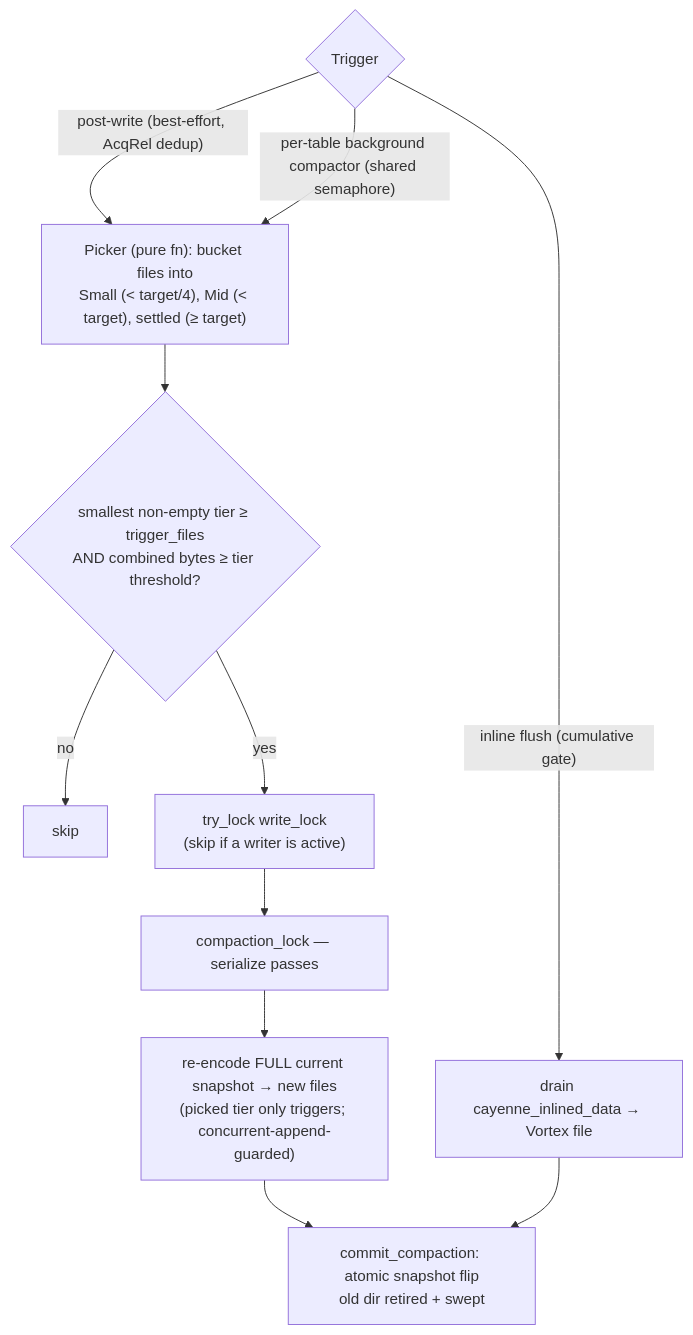
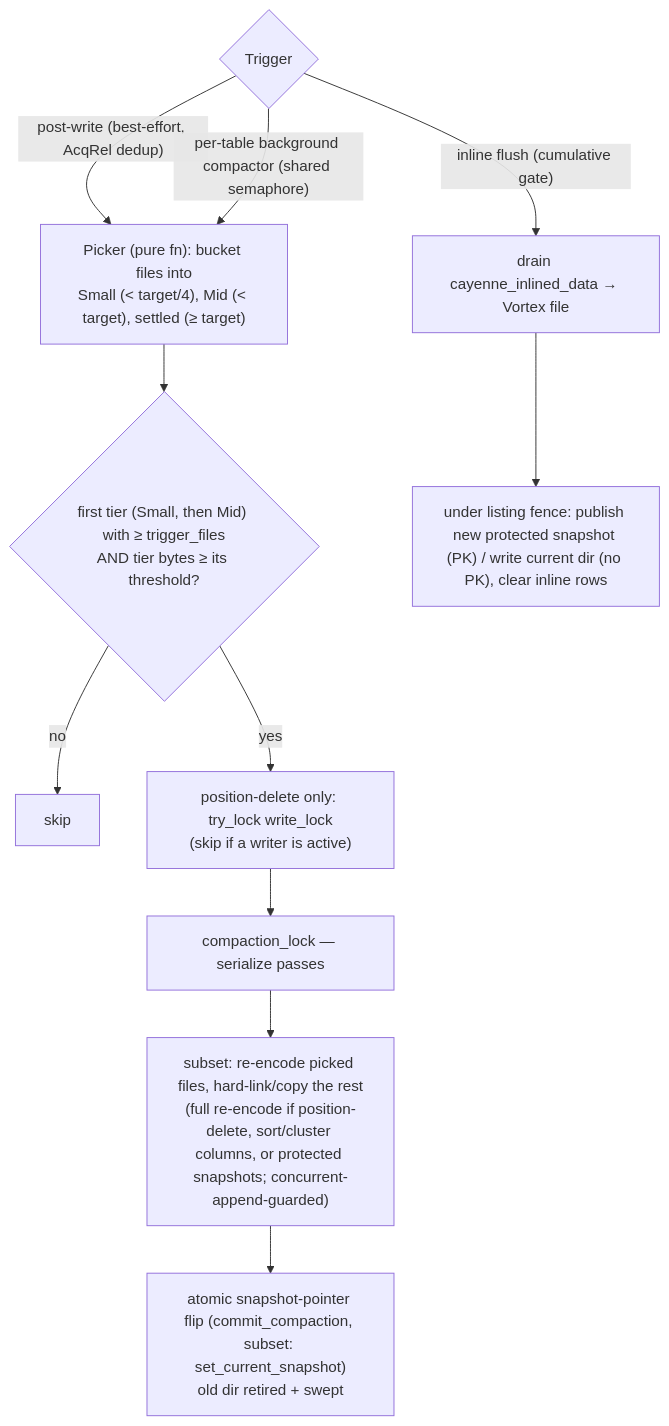
One commit to spiceai/spiceai changed diagram 18 of 22 in docs/cayenne/cayenne.md. Above: the diagram before and after it, drawn with Mermaid. The commit also changed other lines of this file and 3 other files, not shown here.

````diff
--- a/docs/cayenne/cayenne.md
+++ b/docs/cayenne/cayenne.md
@@ -1069,14 +1073,14 @@
 ```mermaid
 flowchart TB
     TRIG{"Trigger"} -->|"post-write (best-effort, AcqRel dedup)"| PICK
     TRIG -->|"per-table background compactor (shared semaphore)"| PICK
     TRIG -->|"inline flush (cumulative gate)"| FLUSH["drain cayenne_inlined_data → Vortex file"]
 
-    PICK["Picker (pure fn): bucket files into<br/>Small (&lt; target/4), Mid (&lt; target), settled (≥ target)"] --> COND{"smallest non-empty tier ≥ trigger_files<br/>AND combined bytes ≥ tier threshold?"}
+    PICK["Picker (pure fn): bucket files into<br/>Small (&lt; target/4), Mid (&lt; target), settled (≥ target)"] --> COND{"first tier (Small, then Mid) with ≥ trigger_files<br/>AND tier bytes ≥ its threshold?"}
     COND -->|"no"| SKIP["skip"]
-    COND -->|"yes"| LOCK["try_lock write_lock<br/>(skip if a writer is active)"]
+    COND -->|"yes"| LOCK["position-delete only: try_lock write_lock<br/>(skip if a writer is active)"]
     LOCK --> CLK["compaction_lock — serialize passes"]
-    CLK --> REWRITE["re-encode FULL current snapshot → new files<br/>(picked tier only triggers; concurrent-append-guarded)"]
-    REWRITE --> COMMIT["commit_compaction: atomic snapshot flip<br/>old dir retired + swept"]
-    FLUSH --> COMMIT
+    CLK --> REWRITE["subset: re-encode picked files, hard-link/copy the rest<br/>(full re-encode if position-delete, sort/cluster columns, or protected snapshots; concurrent-append-guarded)"]
+    REWRITE --> COMMIT["atomic snapshot-pointer flip (commit_compaction, subset: set_current_snapshot)<br/>old dir retired + swept"]
+    FLUSH --> FPUB["under listing fence: publish new protected snapshot (PK) / write current dir (no PK), clear inline rows"]
 ```
````
